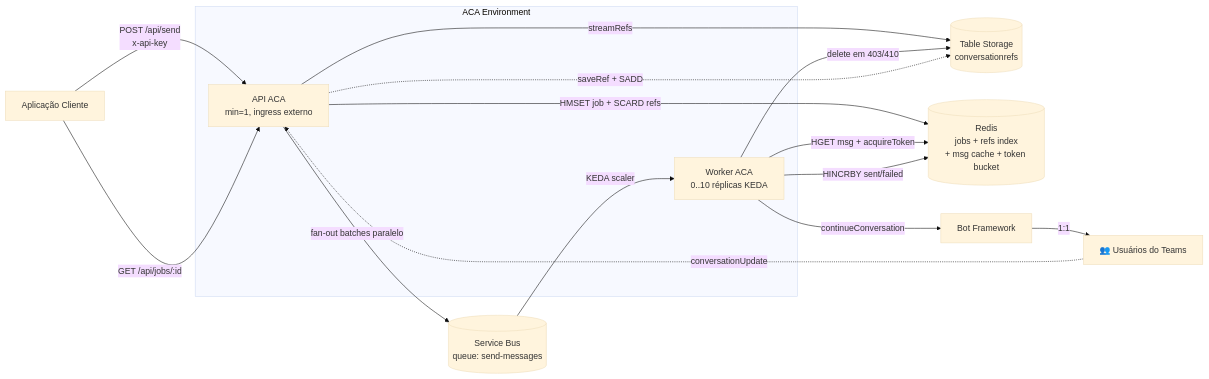
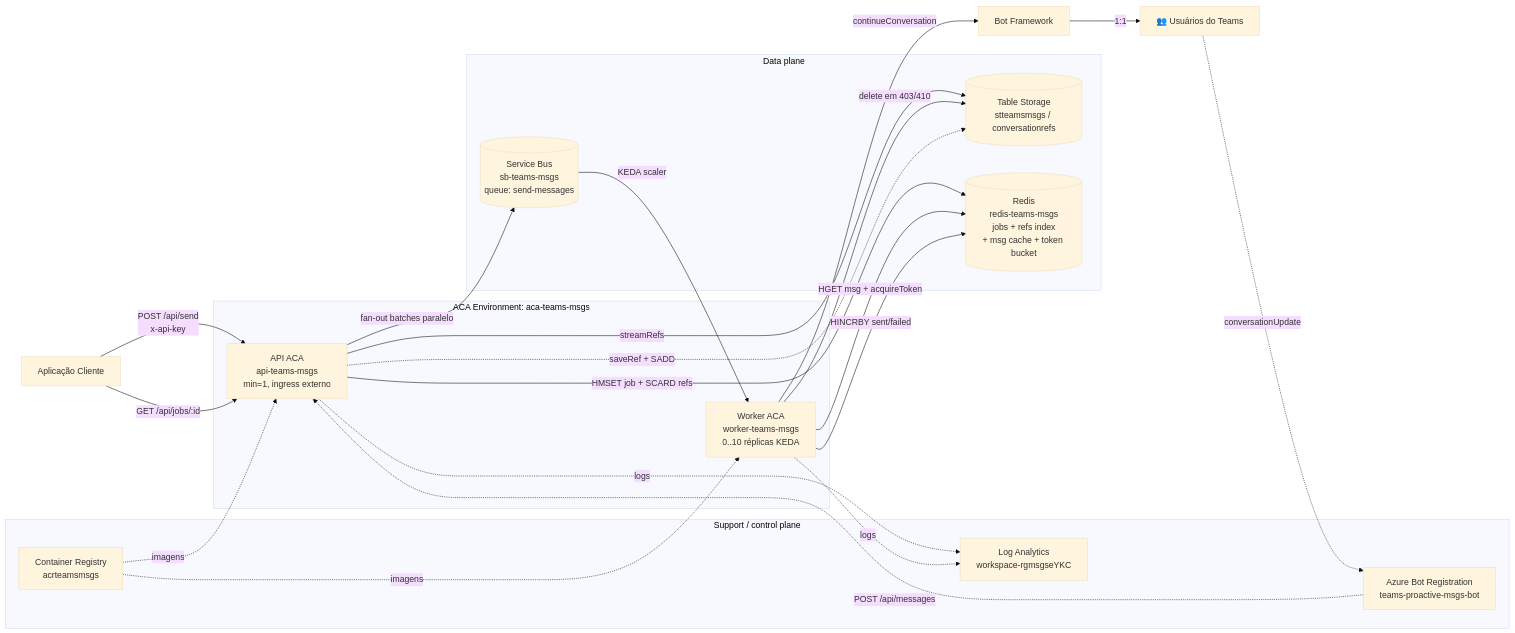
Before and after one commit to EdneiMonteiro/teams_msgs: the first of 6 diagrams in README.md, drawn with Mermaid (base theme). The commit also changed other lines of this file, not shown here.

First line of the commit message:
docs: align architecture review findings

````diff
--- a/README.md
+++ b/README.md
@@ -62,28 +62,43 @@
 ```mermaid
 graph LR
     Client[Aplicação Cliente]
-    subgraph "ACA Environment"
-        API[API ACA<br/>min=1, ingress externo]
-        W1[Worker ACA<br/>0..10 réplicas KEDA]
+    subgraph "ACA Environment: aca-teams-msgs"
+        API[API ACA<br/>api-teams-msgs<br/>min=1, ingress externo]
+        W1[Worker ACA<br/>worker-teams-msgs<br/>0..10 réplicas KEDA]
     end
-    Table[(Table Storage<br/>conversationrefs)]
-    Redis[(Redis<br/>jobs + refs index<br/>+ msg cache + token bucket)]
-    SB[(Service Bus<br/>queue: send-messages)]
+
+    subgraph "Data plane"
+        Table[(Table Storage<br/>stteamsmsgs / conversationrefs)]
+        Redis[(Redis<br/>redis-teams-msgs<br/>jobs + refs index<br/>+ msg cache + token bucket)]
+        SB[(Service Bus<br/>sb-teams-msgs<br/>queue: send-messages)]
+    end
+
+    subgraph "Support / control plane"
+        AzBot[Azure Bot Registration<br/>teams-proactive-msgs-bot]
+        ACR[Container Registry<br/>acrteamsmsgs]
+        Logs[Log Analytics<br/>workspace-rgmsgseYKC]
+    end
+
     BF[Bot Framework]
     Users[👥 Usuários do Teams]
 
     Client -->|POST /api/send<br/>x-api-key| API
     Client -->|GET /api/jobs/:id| API
     API -->|streamRefs| Table
     API -->|HMSET job + SCARD refs| Redis
     API -->|fan-out batches paralelo| SB
     SB -->|KEDA scaler| W1
     W1 -->|HGET msg + acquireToken| Redis
     W1 -->|continueConversation| BF
     BF -->|1:1| Users
     W1 -->|HINCRBY sent/failed| Redis
     W1 -->|delete em 403/410| Table
 
-    Users -.->|conversationUpdate| API
+    Users -.->|conversationUpdate| AzBot
+    AzBot -.->|POST /api/messages| API
     API -.->|saveRef + SADD| Table
+    ACR -.->|imagens| API
+    ACR -.->|imagens| W1
+    API -.->|logs| Logs
+    W1 -.->|logs| Logs
 ```
````
